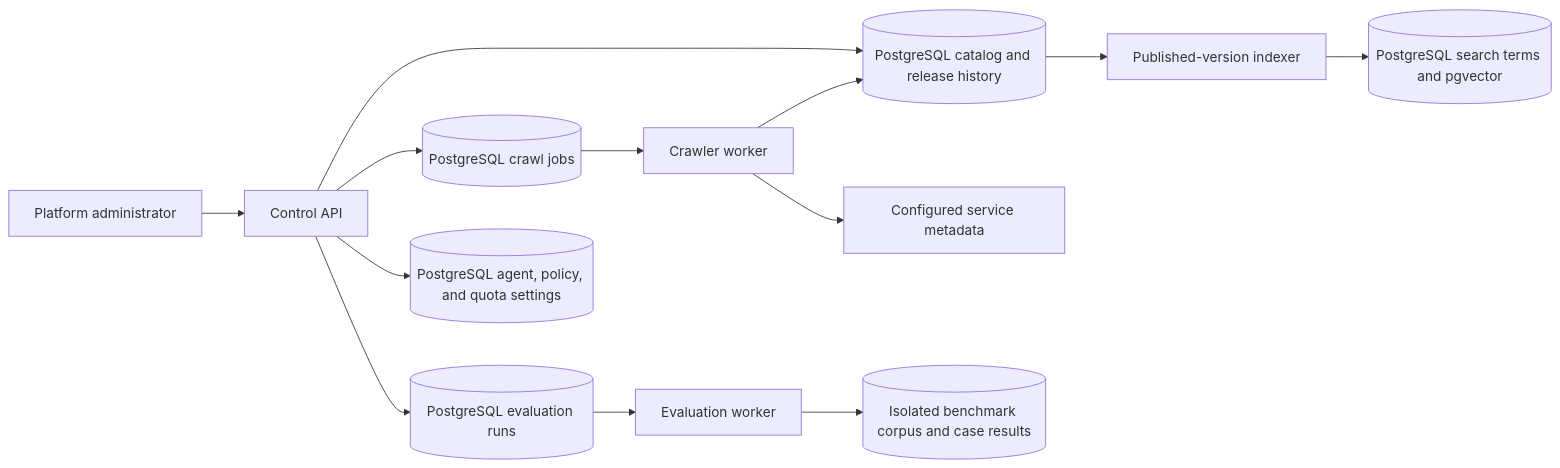
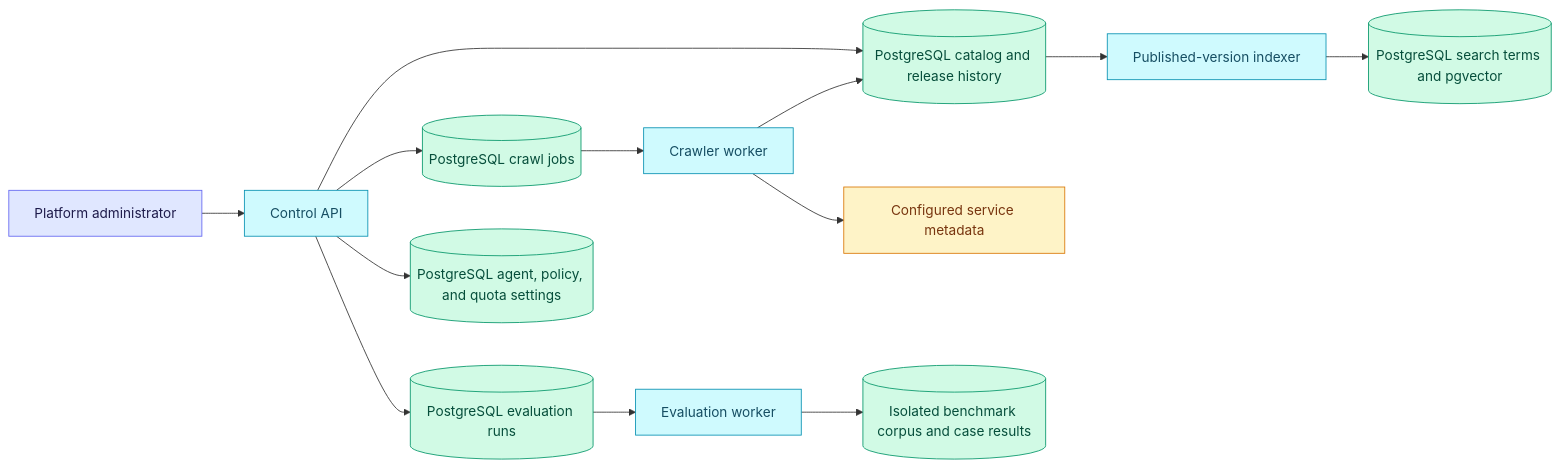
Before and after one commit to NagaRamya1531-tech/ToolMesh-AI: the first of 13 diagrams in docs/architecture.md, drawn with Mermaid. The commit also changed other lines of this file and 26 other files, not shown here.

Commit message:
Complete M8 OpenAI Playground and architecture refresh

````diff
--- a/docs/architecture.md
+++ b/docs/architecture.md
@@ -15,15 +15,23 @@
 ```mermaid
 flowchart LR
     Admin["Platform administrator"] --> API["Control API"]
     API --> Jobs[("PostgreSQL crawl jobs")]
     API --> Catalog[("PostgreSQL catalog and release history")]
     API --> Eval[("PostgreSQL evaluation runs")]
     API --> Policy[("PostgreSQL agent, policy, and quota settings")]
     Jobs --> Crawl["Crawler worker"]
     Crawl --> Target["Configured service metadata"]
     Crawl --> Catalog
     Catalog --> Index["Published-version indexer"]
     Index --> Discovery[("PostgreSQL search terms and pgvector")]
     Eval --> Compare["Evaluation worker"]
     Compare --> Scratch[("Isolated benchmark corpus and case results")]
+    classDef client fill:#e0e7ff,stroke:#6366f1,color:#1e1b4b
+    classDef plane fill:#cffafe,stroke:#0891b2,color:#164e63
+    classDef store fill:#d1fae5,stroke:#059669,color:#064e3b
+    classDef boundary fill:#fef3c7,stroke:#d97706,color:#78350f
+    class Admin client
+    class API,Crawl,Index,Compare plane
+    class Jobs,Catalog,Eval,Policy,Discovery,Scratch store
+    class Target boundary
 ```
````
